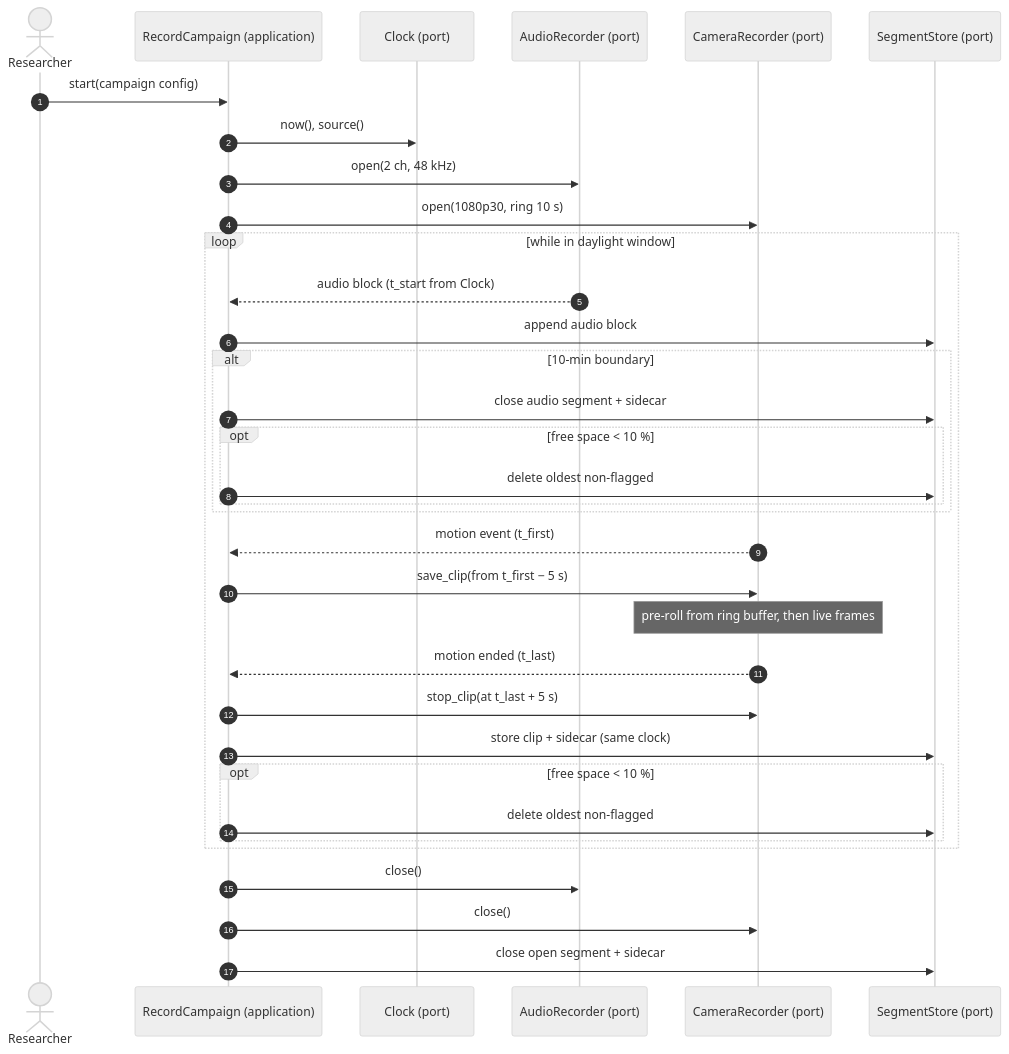
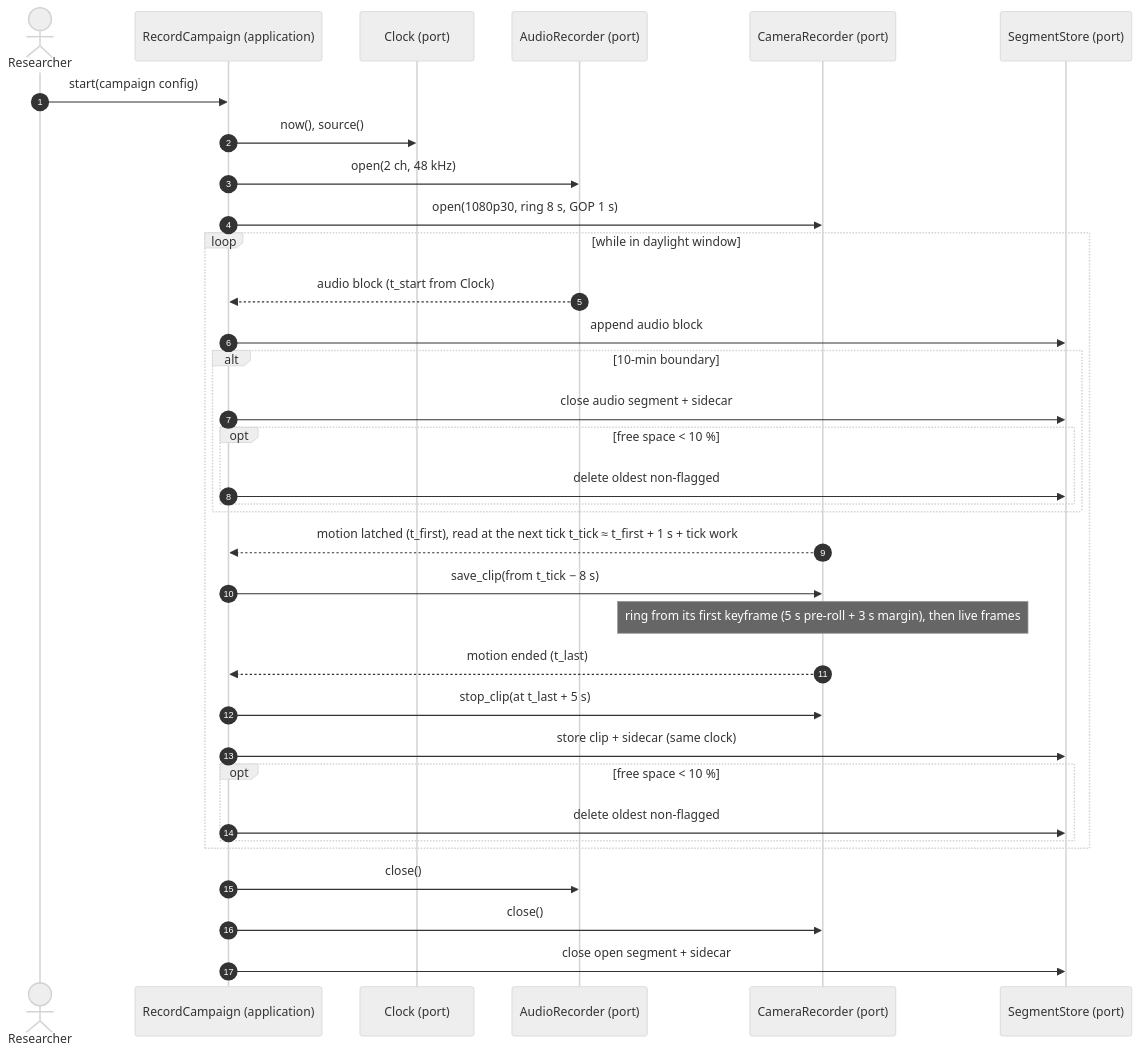
One commit to benoit-bremaud/aristech changed the diagram in docs/architecture/diagrams/capture-rig/02-sequence-recording.md. Above: the diagram before and after it, drawn with Mermaid (neutral theme). The commit also changed 9 other files, not shown here.

First line of the commit message:
fix(capture): guarantee 5 s of pre-roll before the first motion frame (#182)

````diff
--- a/docs/architecture/diagrams/capture-rig/02-sequence-recording.md
+++ b/docs/architecture/diagrams/capture-rig/02-sequence-recording.md
@@ -14,37 +14,37 @@
 ```mermaid
 sequenceDiagram
     autonumber
     actor R as Researcher
     participant UC as RecordCampaign (application)
     participant CK as Clock (port)
     participant AU as AudioRecorder (port)
     participant CA as CameraRecorder (port)
     participant ST as SegmentStore (port)
 
     R->>UC: start(campaign config)
     UC->>CK: now(), source()
     UC->>AU: open(2 ch, 48 kHz)
-    UC->>CA: open(1080p30, ring 10 s)
+    UC->>CA: open(1080p30, ring 8 s, GOP 1 s)
     loop while in daylight window
         AU-->>UC: audio block (t_start from Clock)
         UC->>ST: append audio block
         alt 10-min boundary
             UC->>ST: close audio segment + sidecar
             opt free space < 10 %
                 UC->>ST: delete oldest non-flagged
             end
         end
-        CA-->>UC: motion event (t_first)
-        UC->>CA: save_clip(from t_first − 5 s)
-        Note over CA: pre-roll from ring buffer, then live frames
+        CA-->>UC: motion latched (t_first), read at the next tick t_tick ≈ t_first + 1 s + tick work
+        UC->>CA: save_clip(from t_tick − 8 s)
+        Note over CA: ring from its first keyframe (5 s pre-roll + 3 s margin), then live frames
         CA-->>UC: motion ended (t_last)
         UC->>CA: stop_clip(at t_last + 5 s)
         UC->>ST: store clip + sidecar (same clock)
         opt free space < 10 %
             UC->>ST: delete oldest non-flagged
         end
     end
     UC->>AU: close()
     UC->>CA: close()
     UC->>ST: close open segment + sidecar
 ```
````
